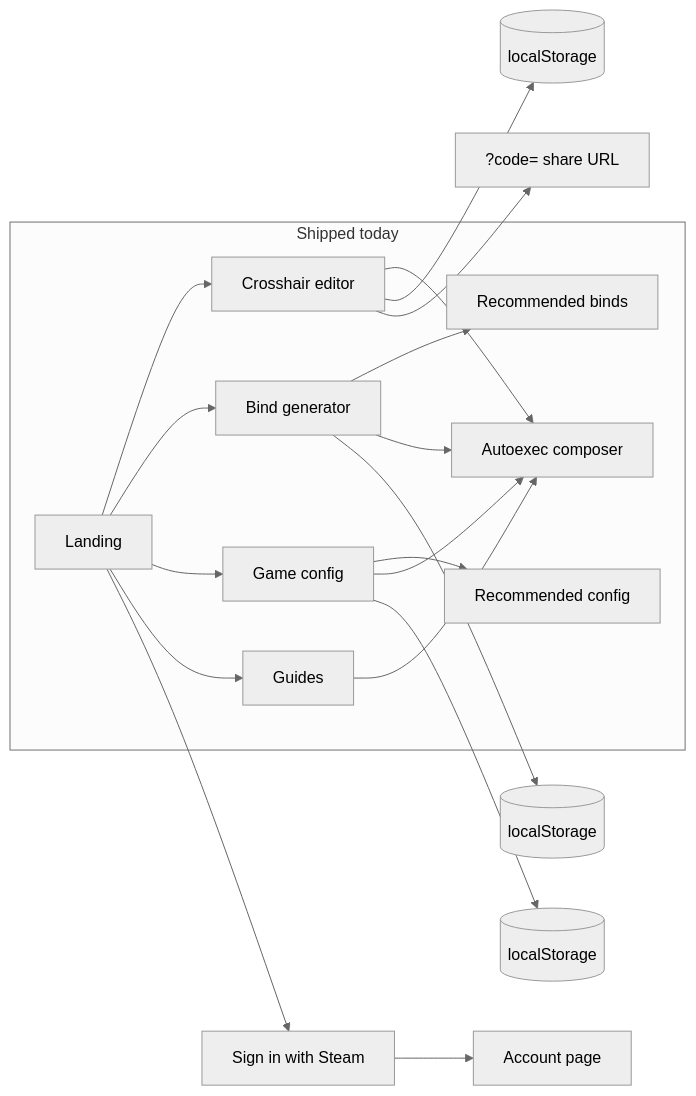
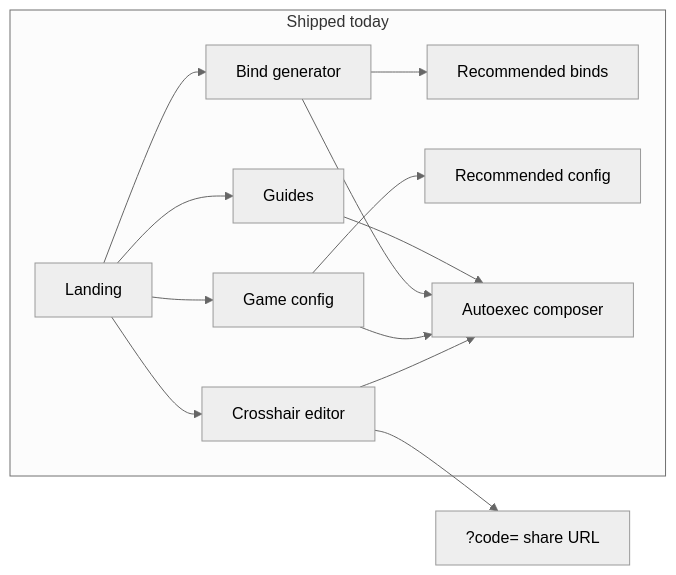
One commit to percdotdev/bindr changed the first of 4 diagrams in .docs/SPEC.md. Above: the diagram before and after it, drawn with Mermaid (neutral theme). The commit also changed other lines of this file and 64 other files, not shown here.

````diff
--- a/.docs/SPEC.md
+++ b/.docs/SPEC.md
@@ -52,29 +52,24 @@
 ```mermaid
 flowchart LR
   subgraph shipped [Shipped today]
     Home[Landing]
     XH[Crosshair editor]
     Binds[Bind generator]
     Rec[Recommended binds]
     Cfg[Game config]
     CfgRec[Recommended config]
     AE[Autoexec composer]
     Guides[Guides]
   end
   Home --> XH
   Home --> Binds
   Home --> Cfg
   Home --> Guides
   Binds --> Rec
   Cfg --> CfgRec
   XH --> AE
   Cfg --> AE
   Binds --> AE
   Guides --> AE
-  XH --> LS1[(localStorage)]
-  Binds --> LS2[(localStorage)]
-  Cfg --> LS3[(localStorage)]
   XH --> URL["?code= share URL"]
-  Home --> Steam[Sign in with Steam]
-  Steam --> Account[Account page]
 ```
````
